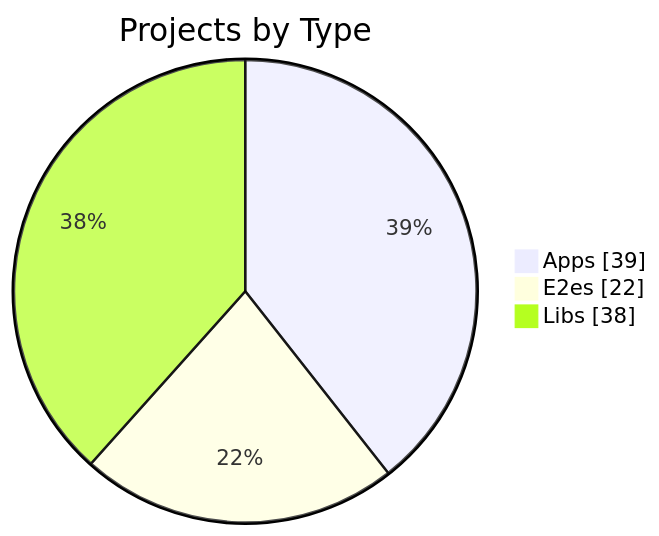
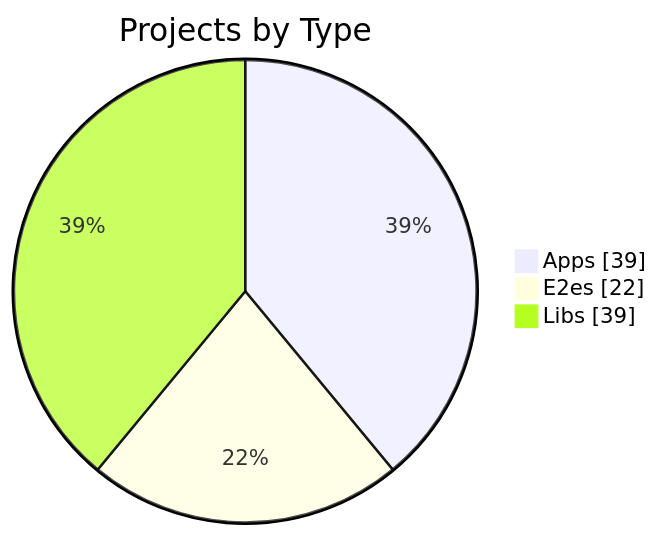
Before and after one commit to KBVE/kbve: the first of 3 diagrams in apps/kbve/astro-kbve/src/content/docs/dashboard/graph.mdx, drawn with Mermaid. The commit also changed other lines of this file and 8 other files, not shown here.

````diff
--- a/apps/kbve/astro-kbve/src/content/docs/dashboard/graph.mdx
+++ b/apps/kbve/astro-kbve/src/content/docs/dashboard/graph.mdx
@@ -56,7 +56,7 @@
 ```mermaid
 pie showData
     title Projects by Type
     "Apps" : 39
     "E2es" : 22
-    "Libs" : 38
+    "Libs" : 39
 ```
````
